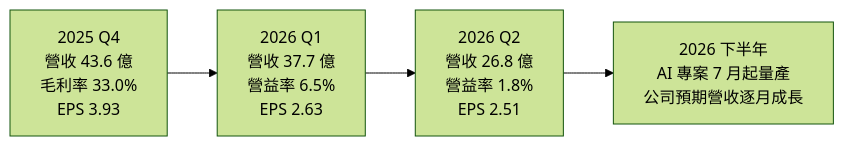
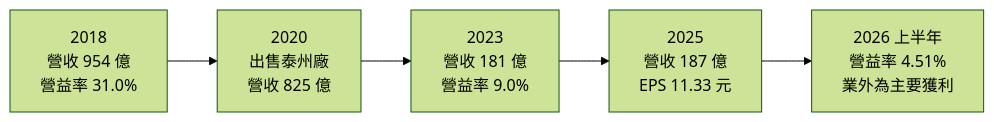
One commit to wangnick1004/taiwan-stock-vault changed the third of 4 diagrams in 個股/台股/2474可成.md. Above: the diagram before and after it, drawn with Mermaid (forest theme). The commit also changed other lines of this file and 19 other files, not shown here.

````diff
--- a/個股/台股/2474可成.md
+++ b/個股/台股/2474可成.md
@@ -137,4 +142,4 @@
 ```mermaid
 flowchart LR
-    Q4["2025 Q4<br/>營收 43.6 億<br/>毛利率 33.0%<br/>EPS 3.93"] --> Q1["2026 Q1<br/>營收 37.7 億<br/>營益率 6.5%<br/>EPS 2.63"] --> Q2["2026 Q2<br/>營收 26.8 億<br/>營益率 1.8%<br/>EPS 2.51"] --> H2["2026 下半年<br/>AI 專案 7 月起量產<br/>公司預期營收逐月成長"]
+    Y18["2018<br/>營收 954 億<br/>營益率 31.0%"] --> Y20["2020<br/>出售泰州廠<br/>營收 825 億"] --> Y23["2023<br/>營收 181 億<br/>營益率 9.0%"] --> Y25["2025<br/>營收 187 億<br/>EPS 11.33 元"] --> H26["2026 上半年<br/>營益率 4.51%<br/>業外為主要獲利"]
 ```
````
